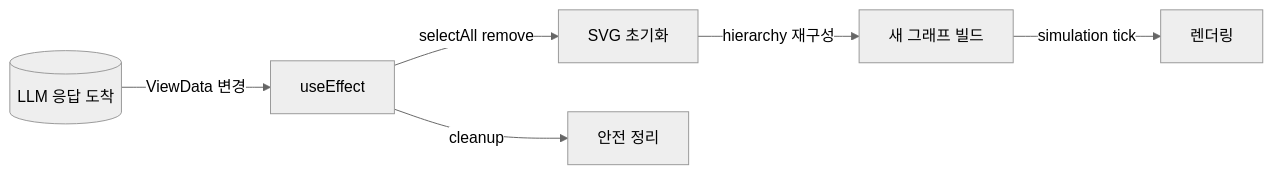
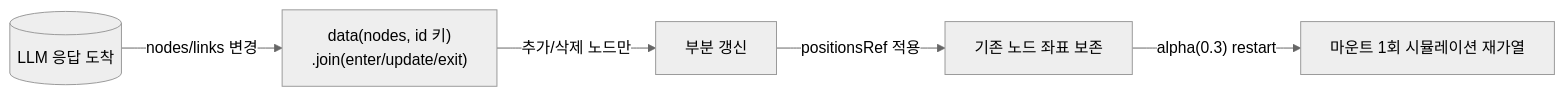
One commit to E0min/obsidian-dev changed the fourth of 5 diagrams in 취업/content/portfolio/FDE/chatGraph_portfolio.md. Above: the diagram before and after it, drawn with Mermaid (neutral theme). The commit also changed other lines of this file and 39 other files, not shown here.

````diff
--- a/취업/content/portfolio/FDE/chatGraph_portfolio.md
+++ b/취업/content/portfolio/FDE/chatGraph_portfolio.md
@@ -115,9 +115,8 @@
 ```mermaid
 flowchart LR
     LLM[("LLM 응답 도착")]
-    LLM -->|"ViewData 변경"| Effect["useEffect"]
-    Effect -->|"selectAll remove"| Clear["SVG 초기화"]
-    Clear -->|"hierarchy 재구성"| Build["새 그래프 빌드"]
-    Build -->|"simulation tick"| Render["렌더링"]
-    Effect -->|"cleanup"| Unmount["안전 정리"]
+    LLM -->|"nodes/links 변경"| Join["data(nodes, id 키)\n.join(enter/update/exit)"]
+    Join -->|"추가/삭제 노드만"| Render["부분 갱신"]
+    Render -->|"positionsRef 적용"| Keep["기존 노드 좌표 보존"]
+    Keep -->|"alpha(0.3) restart"| Sim["마운트 1회 시뮬레이션 재가열"]
 ```
````
